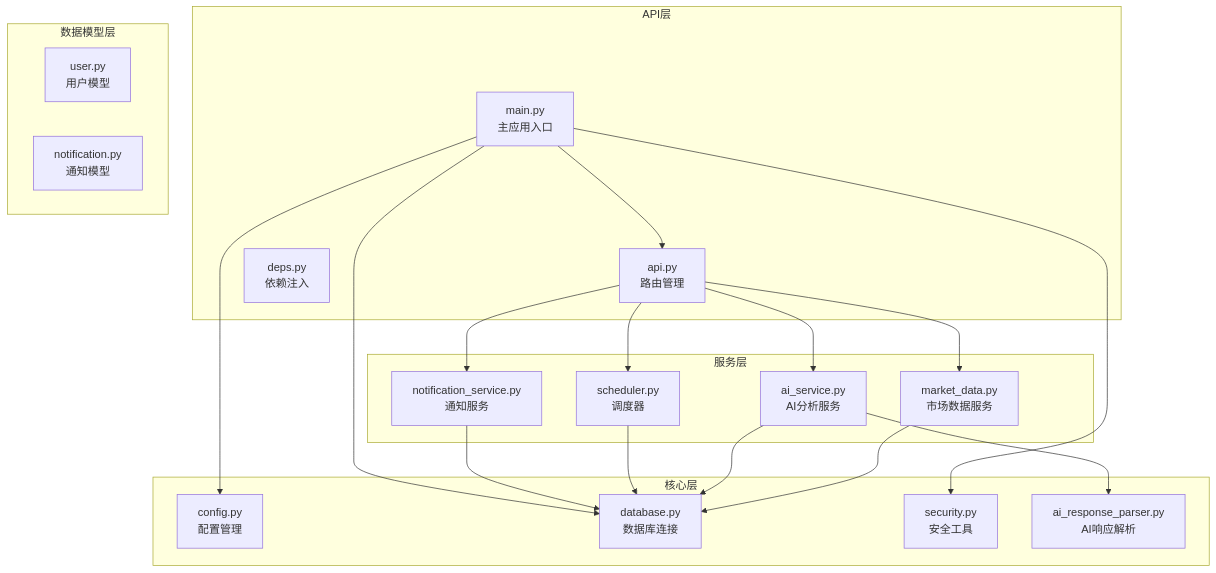
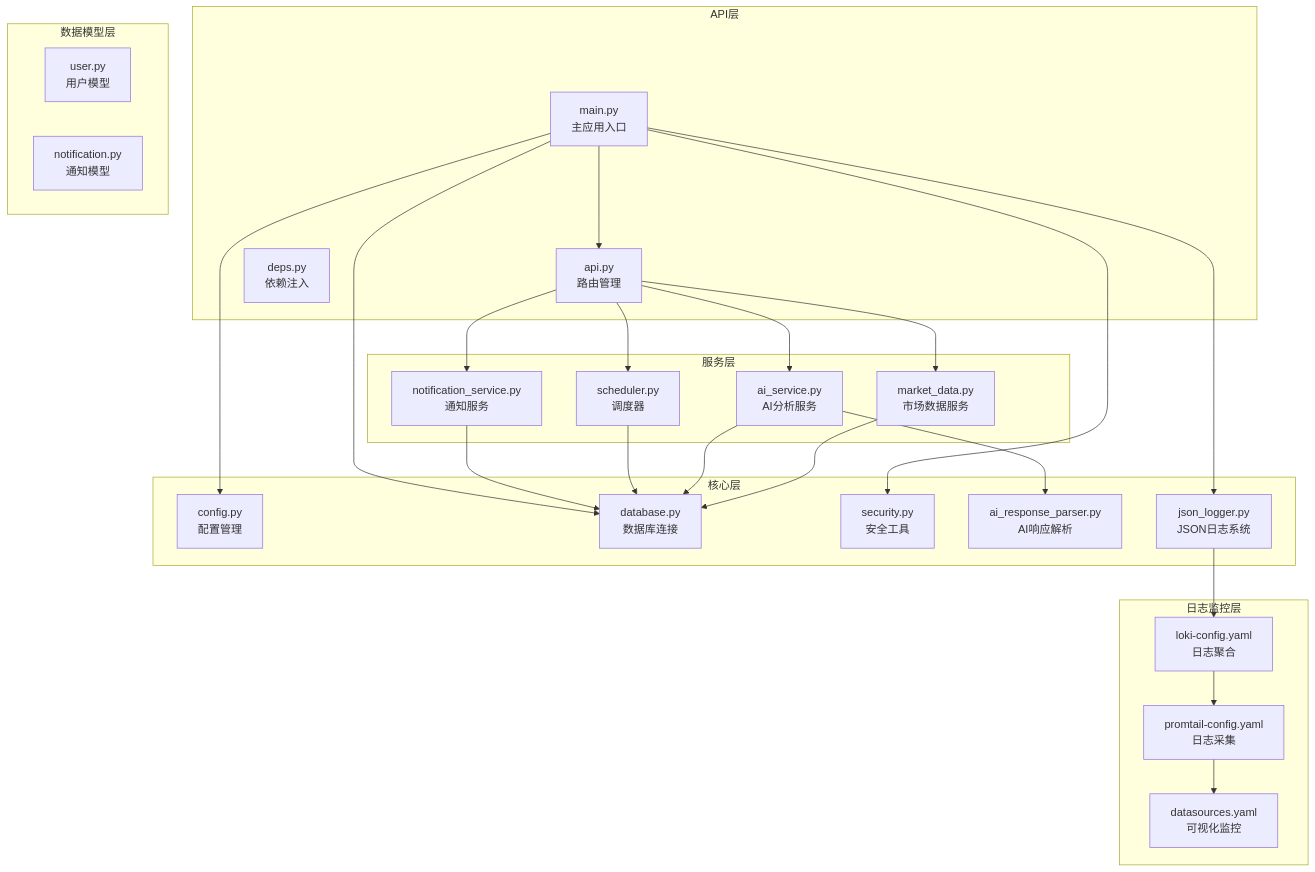
The first of 10 diagrams in .qoder/repowiki/zh/content/Debug Logging Enhancement.md (breeze-lyf/ai-stock-advisor), drawn with Mermaid before and after one commit. The commit also changed other lines of this file and 43 other files, not shown here.

````diff
--- a/.qoder/repowiki/zh/content/Debug Logging Enhancement.md
+++ b/.qoder/repowiki/zh/content/Debug Logging Enhancement.md
@@ -50,37 +56,47 @@
 ```mermaid
 graph TB
 subgraph "API层"
 Main[main.py<br/>主应用入口]
 APIRouter[api.py<br/>路由管理]
 Dependencies[deps.py<br/>依赖注入]
 end
 subgraph "服务层"
 MarketData[market_data.py<br/>市场数据服务]
 AIService[ai_service.py<br/>AI分析服务]
 Scheduler[scheduler.py<br/>调度器]
 Notification[notification_service.py<br/>通知服务]
 end
 subgraph "核心层"
 Config[config.py<br/>配置管理]
 Database[database.py<br/>数据库连接]
 Security[security.py<br/>安全工具]
 Parser[ai_response_parser.py<br/>AI响应解析]
+JSONLogger[json_logger.py<br/>JSON日志系统]
 end
 subgraph "数据模型层"
 UserModel[user.py<br/>用户模型]
 NotificationModel[notification.py<br/>通知模型]
+end
+subgraph "日志监控层"
+Loki[loki-config.yaml<br/>日志聚合]
+Promtail[promtail-config.yaml<br/>日志采集]
+Grafana[datasources.yaml<br/>可视化监控]
 end
 Main --> APIRouter
 APIRouter --> MarketData
 APIRouter --> AIService
 APIRouter --> Scheduler
 APIRouter --> Notification
 MarketData --> Database
 AIService --> Database
 Scheduler --> Database
 Notification --> Database
 Main --> Config
 Main --> Database
 Main --> Security
 AIService --> Parser
+Main --> JSONLogger
+JSONLogger --> Loki
+Loki --> Promtail
+Promtail --> Grafana
 ```
````
